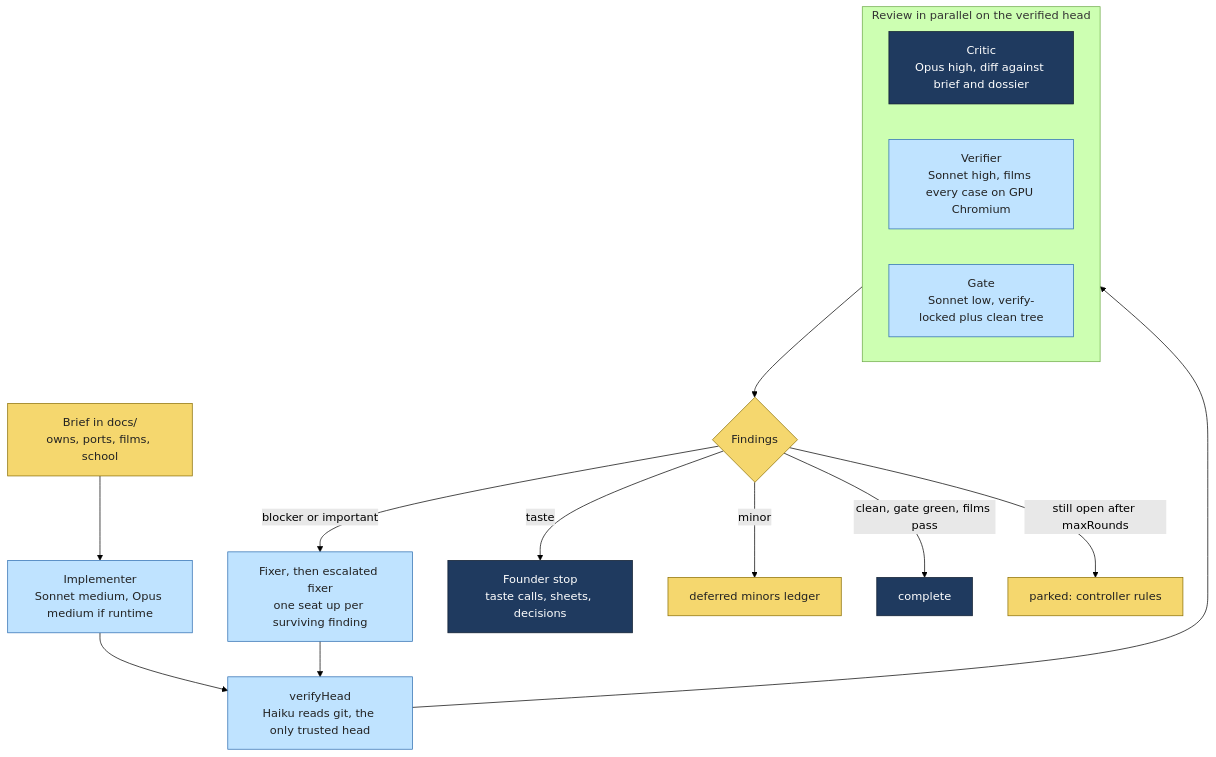
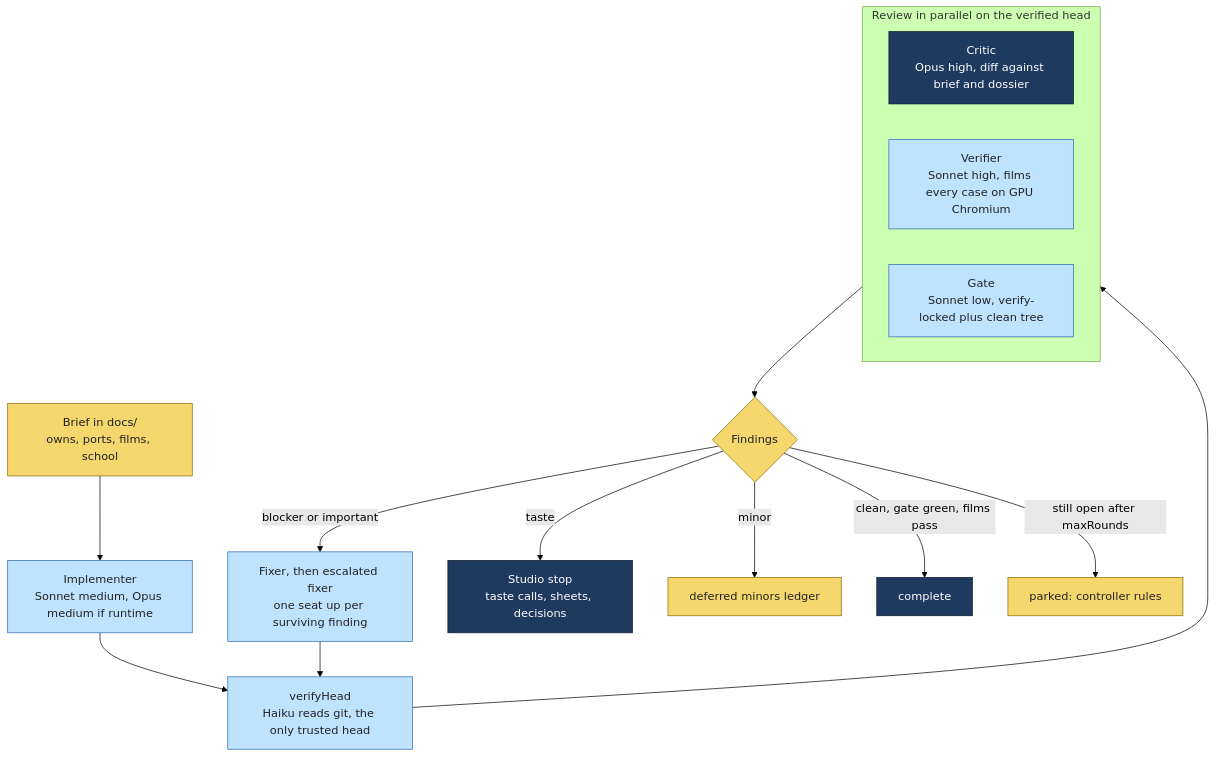
Before and after one commit to BirchDesignLab/birchdesignlab: the sixth of 7 diagrams in README.md, drawn with Mermaid (forest theme). The commit also changed other lines of this file and 4 other files, not shown here.

````diff
--- a/README.md
+++ b/README.md
@@ -295,25 +305,25 @@
 ```mermaid
 flowchart TB
     classDef store fill:#f5d76e,stroke:#8a6d00,color:#222
     classDef cloud fill:#1f3a5f,stroke:#0d1b2e,color:#fff
     classDef you fill:#bfe3ff,stroke:#2b6cb0,color:#222
 
-    BRIEF[Brief in docs/<br/>owns, ports, films, school]:::store
-    IMPL[Implementer<br/>Sonnet medium, Opus medium if runtime]:::you
-    VH[verifyHead<br/>Haiku reads git, the only trusted head]:::you
-    subgraph REVIEW[Review in parallel on the verified head]
-        CRIT[Critic<br/>Opus high, diff against brief and dossier]:::cloud
-        VER[Verifier<br/>Sonnet high, films every case on GPU Chromium]:::you
-        GATE[Gate<br/>Sonnet low, verify-locked plus clean tree]:::you
+    BRIEF["Brief in docs/<br/>owns, ports, films, school"]:::store
+    IMPL["Implementer<br/>Sonnet medium, Opus medium if runtime"]:::you
+    VH["verifyHead<br/>Haiku reads git, the only trusted head"]:::you
+    subgraph REVIEW["Review in parallel on the verified head"]
+        CRIT["Critic<br/>Opus high, diff against brief and dossier"]:::cloud
+        VER["Verifier<br/>Sonnet high, films every case on GPU Chromium"]:::you
+        GATE["Gate<br/>Sonnet low, verify-locked plus clean tree"]:::you
     end
-    SORT{Findings}:::store
-    FIX[Fixer, then escalated fixer<br/>one seat up per surviving finding]:::you
-    FOUNDER[Founder stop<br/>taste calls, sheets, decisions]:::cloud
+    SORT{"Findings"}:::store
+    FIX["Fixer, then escalated fixer<br/>one seat up per surviving finding"]:::you
+    STOP["Studio stop<br/>taste calls, sheets, decisions"]:::cloud
 
     BRIEF --> IMPL --> VH --> REVIEW --> SORT
-    SORT -->|blocker or important| FIX --> VH
-    SORT -->|taste| FOUNDER
-    SORT -->|minor| DEF[deferred minors ledger]:::store
-    SORT -->|clean, gate green, films pass| DONE[complete]:::cloud
-    SORT -->|still open after maxRounds| PARK[parked: controller rules]:::store
+    SORT -->|"blocker or important"| FIX --> VH
+    SORT -->|"taste"| STOP
+    SORT -->|"minor"| DEF["deferred minors ledger"]:::store
+    SORT -->|"clean, gate green, films pass"| DONE["complete"]:::cloud
+    SORT -->|"still open after maxRounds"| PARK["parked: controller rules"]:::store
 ```
````
